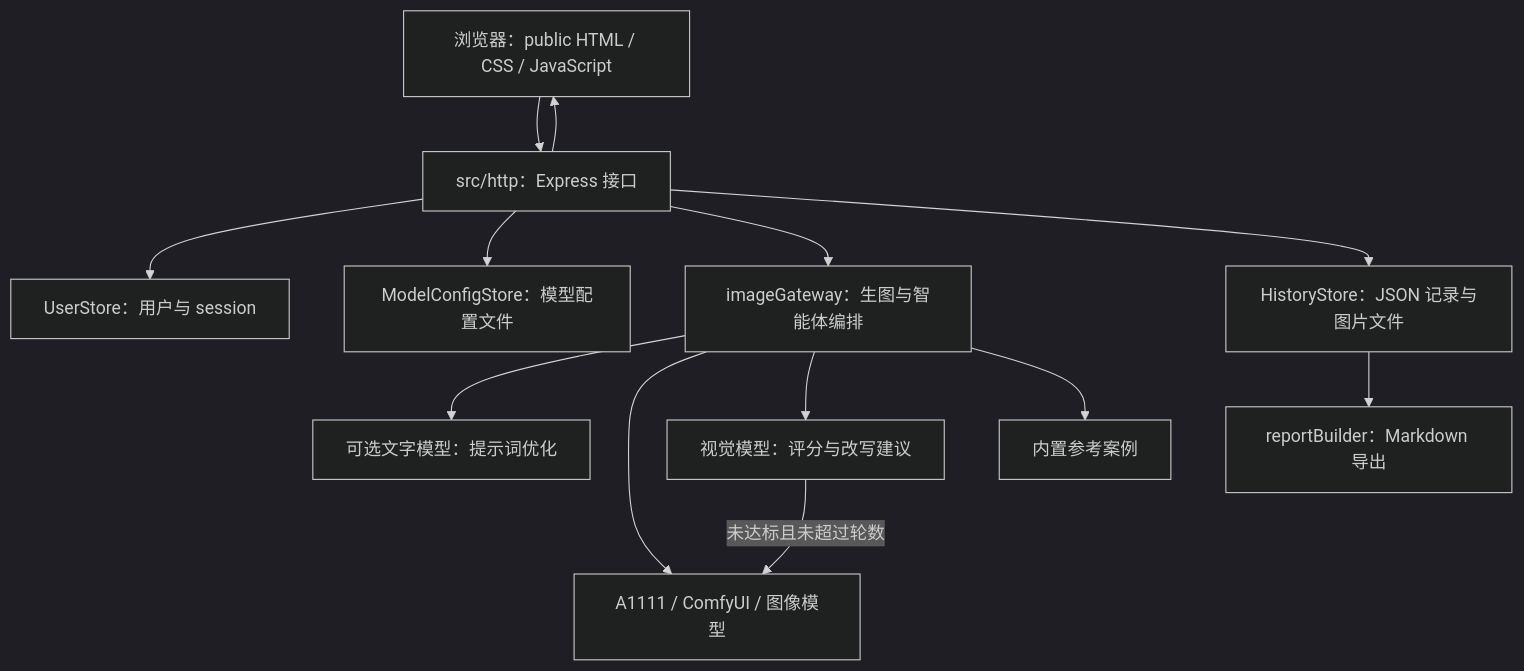
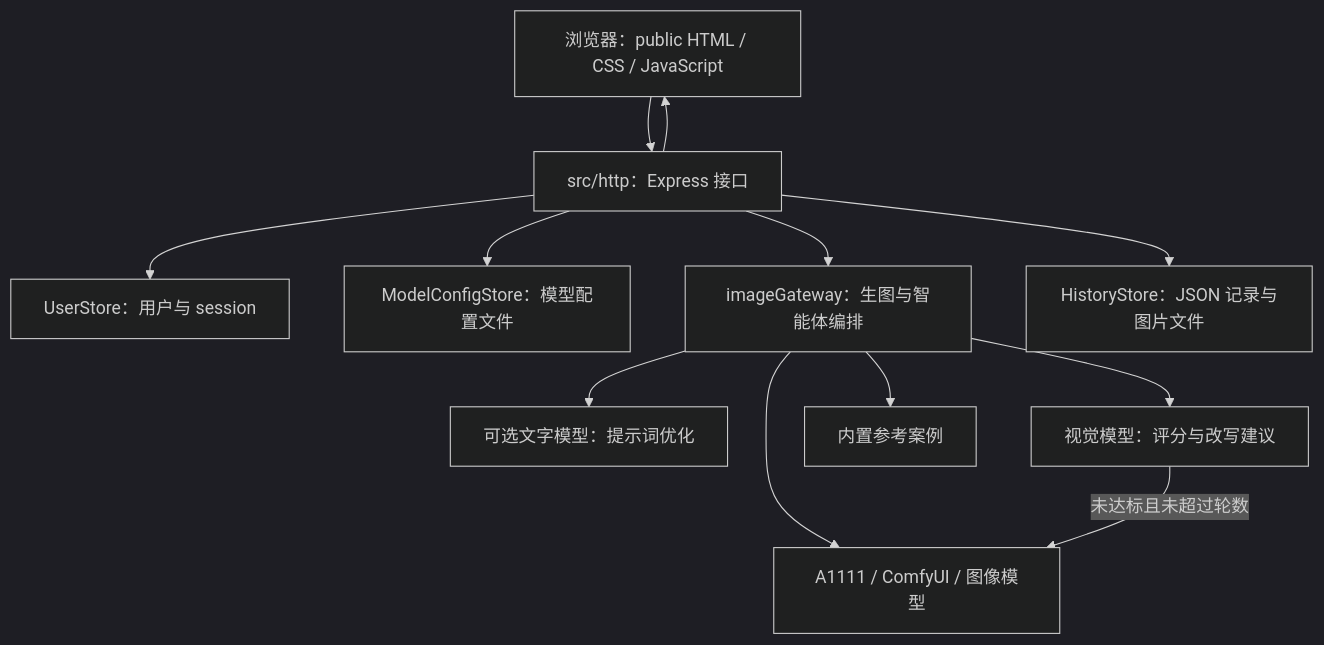
One commit to yumi233/SD-Chinese-style-furniture changed the diagram in docs/PROJECT_OVERVIEW.md. Above: the diagram before and after it, drawn with Mermaid (dark theme). The commit also changed other lines of this file and 25 other files, not shown here.

First line of the commit message:
feat(studio): 工作台重构为「制图台」，仅保留在线模型

````diff
--- a/docs/PROJECT_OVERVIEW.md
+++ b/docs/PROJECT_OVERVIEW.md
@@ -29,15 +28,14 @@
 ```mermaid
 flowchart TD
   UI[浏览器：public HTML / CSS / JavaScript] --> API[src/http：Express 接口]
   API --> AUTH[UserStore：用户与 session]
   API --> CFG[ModelConfigStore：模型配置文件]
   API --> GW[imageGateway：生图与智能体编排]
   GW --> TEXT[可选文字模型：提示词优化]
   GW --> GEN[A1111 / ComfyUI / 图像模型]
   GW --> VISION[视觉模型：评分与改写建议]
   GW --> REF[内置参考案例]
   VISION -->|未达标且未超过轮数| GEN
   API --> HIST[HistoryStore：JSON 记录与图片文件]
-  HIST --> REPORT[reportBuilder：Markdown 导出]
   API --> UI
 ```
````
